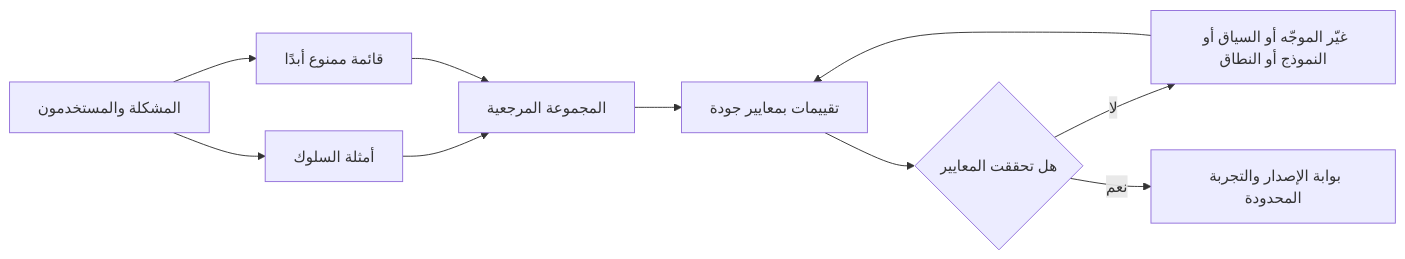
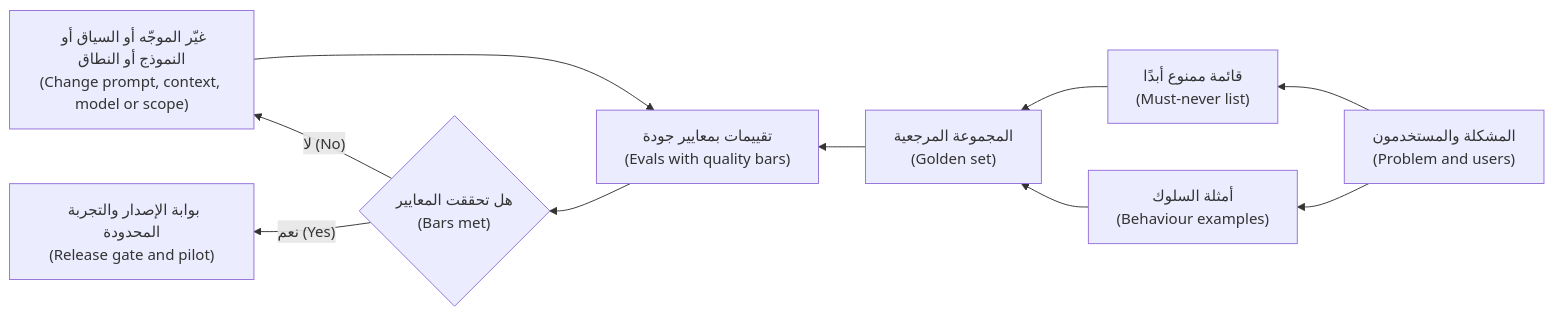
The first of 3 diagrams in aipm/modules/05-build.ar.md (Tamoura/system-design-for-vibe-coders), drawn with Mermaid before and after one commit. The commit also changed other lines of this file and 9 other files, not shown here.

First line of the commit message:
AI PM course (AR): right-to-left diagrams with English labels

````diff
--- a/aipm/modules/05-build.ar.md
+++ b/aipm/modules/05-build.ar.md
@@ -80,12 +80,12 @@
 ```mermaid
-flowchart LR
-    A["المشكلة والمستخدمون"] --> B["أمثلة السلوك"]
-    A --> C["قائمة ممنوع أبدًا"]
-    B --> D["المجموعة المرجعية"]
+flowchart RL
+    A["المشكلة والمستخدمون<br/>(Problem and users)"] --> B["أمثلة السلوك<br/>(Behaviour examples)"]
+    A --> C["قائمة ممنوع أبدًا<br/>(Must-never list)"]
+    B --> D["المجموعة المرجعية<br/>(Golden set)"]
     C --> D
-    D --> E["تقييمات بمعايير جودة"]
-    E --> F{"هل تحققت المعايير"}
-    F -- "لا" --> G["غيّر الموجّه أو السياق أو النموذج أو النطاق"]
+    D --> E["تقييمات بمعايير جودة<br/>(Evals with quality bars)"]
+    E --> F{"هل تحققت المعايير<br/>(Bars met)"}
+    F -- "لا (No)" --> G["غيّر الموجّه أو السياق أو النموذج أو النطاق<br/>(Change prompt, context, model or scope)"]
     G --> E
-    F -- "نعم" --> H["بوابة الإصدار والتجربة المحدودة"]
+    F -- "نعم (Yes)" --> H["بوابة الإصدار والتجربة المحدودة<br/>(Release gate and pilot)"]
 ```
````
